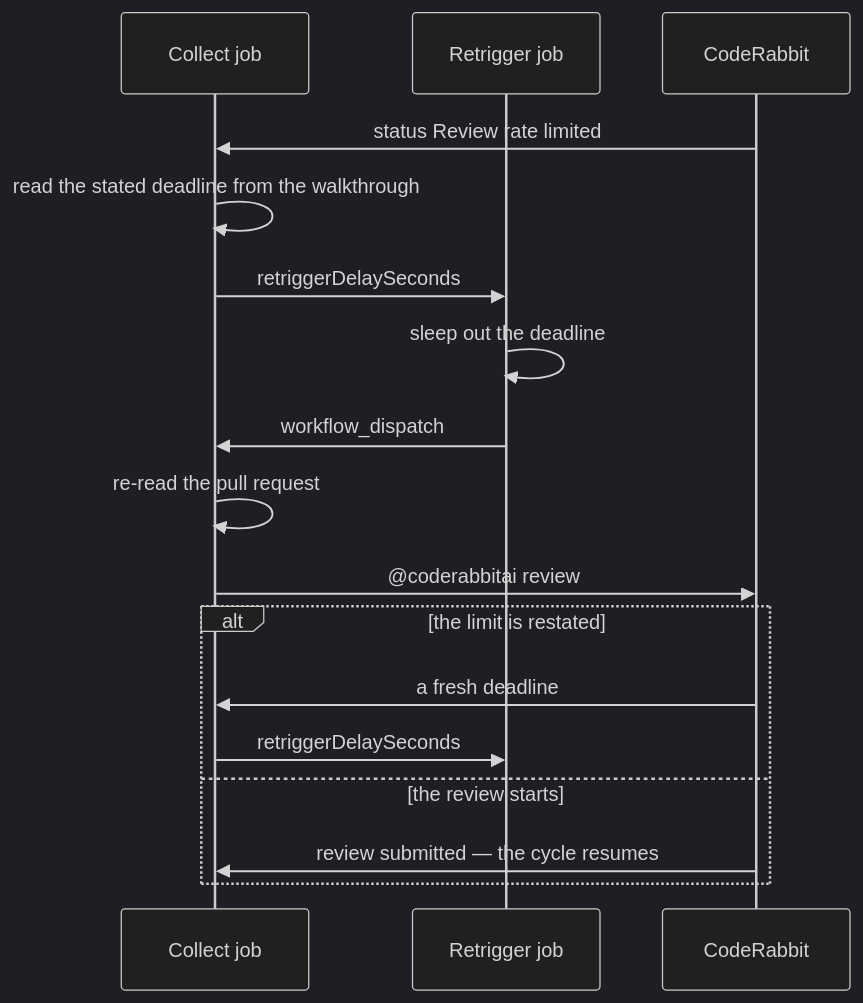
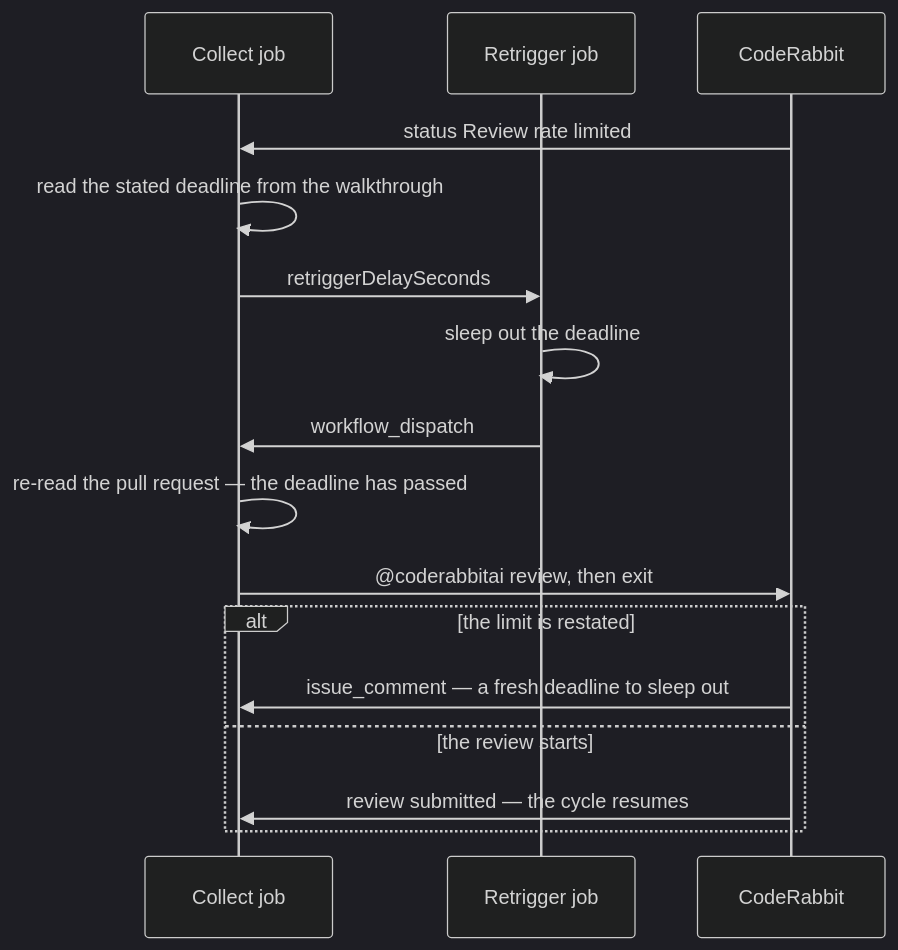
One commit to Esposter/Esposter changed the second of 2 diagrams in apps/web/content/docs/infra/review-collector/runner.md. Above: the diagram before and after it, drawn with Mermaid (dark theme). The commit also changed other lines of this file and 26 other files, not shown here.

````diff
--- a/apps/web/content/docs/infra/review-collector/runner.md
+++ b/apps/web/content/docs/infra/review-collector/runner.md
@@ -47,19 +48,18 @@
 ```mermaid
 sequenceDiagram
   participant W as Collect job
   participant R as Retrigger job
   participant CR as CodeRabbit
   CR->>W: status Review rate limited
   W->>W: read the stated deadline from the walkthrough
   W->>R: retriggerDelaySeconds
   R->>R: sleep out the deadline
   R->>W: workflow_dispatch
-  W->>W: re-read the pull request
-  W->>CR: @coderabbitai review
+  W->>W: re-read the pull request — the deadline has passed
+  W->>CR: @coderabbitai review, then exit
   alt the limit is restated
-    CR->>W: a fresh deadline
-    W->>R: retriggerDelaySeconds
+    CR->>W: issue_comment — a fresh deadline to sleep out
   else the review starts
     CR->>W: review submitted — the cycle resumes
   end
 ```
````
